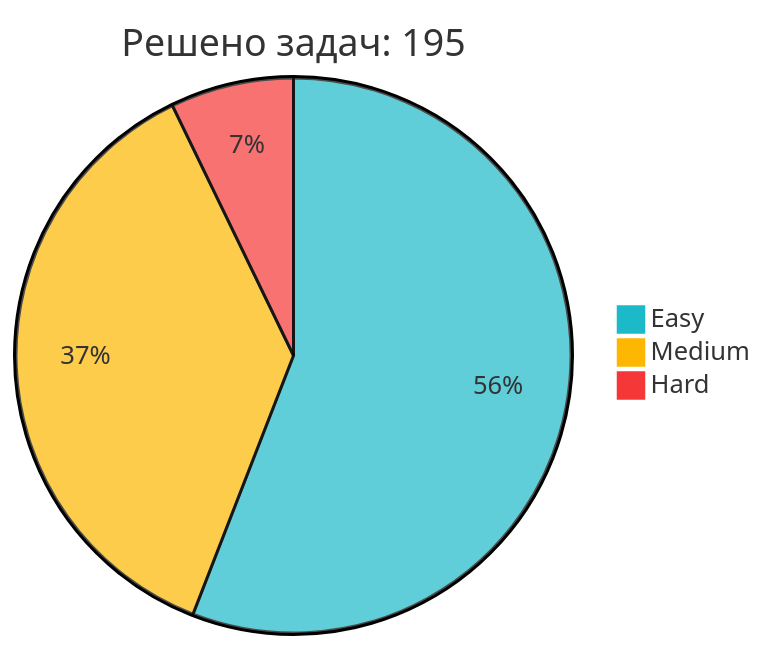
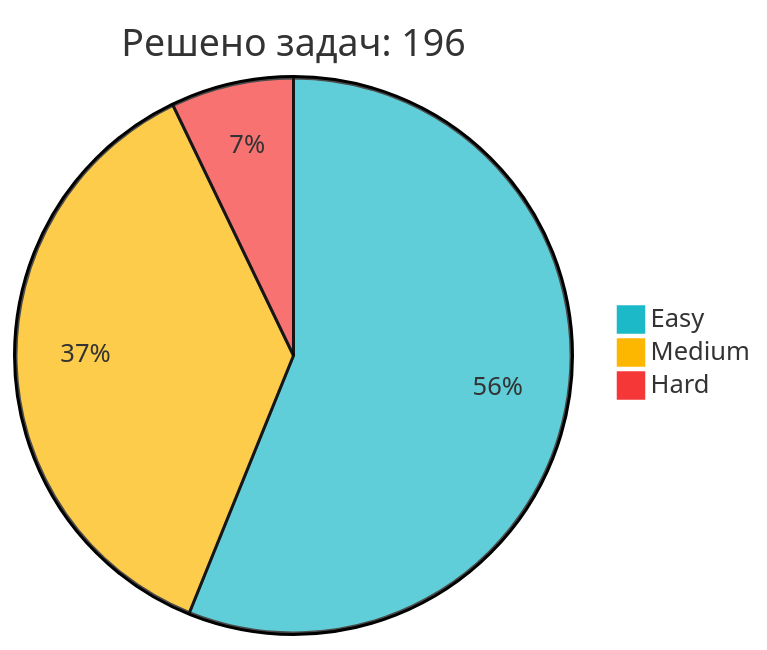
The diagram in README.md (IliaKurdukov/IliaKurdukov), drawn with Mermaid before and after one commit. The commit also changed other lines of this file, not shown here.

Commit message:
📈 Обновление статистики LeetCode

````diff
--- a/README.md
+++ b/README.md
@@ -51,7 +51,7 @@
 ```mermaid
 %%{init: {'theme': 'base', 'themeVariables': { 'pie1': '#1CBAC8', 'pie2': '#FEB700', 'pie3': '#F63737' }, 'config': {'width': 300, 'height': 200}}}%%
-pie title Решено задач: 195
-   "Easy" : 109
+pie title Решено задач: 196
+   "Easy" : 110
    "Medium" : 72
    "Hard" : 14
 ```
````
